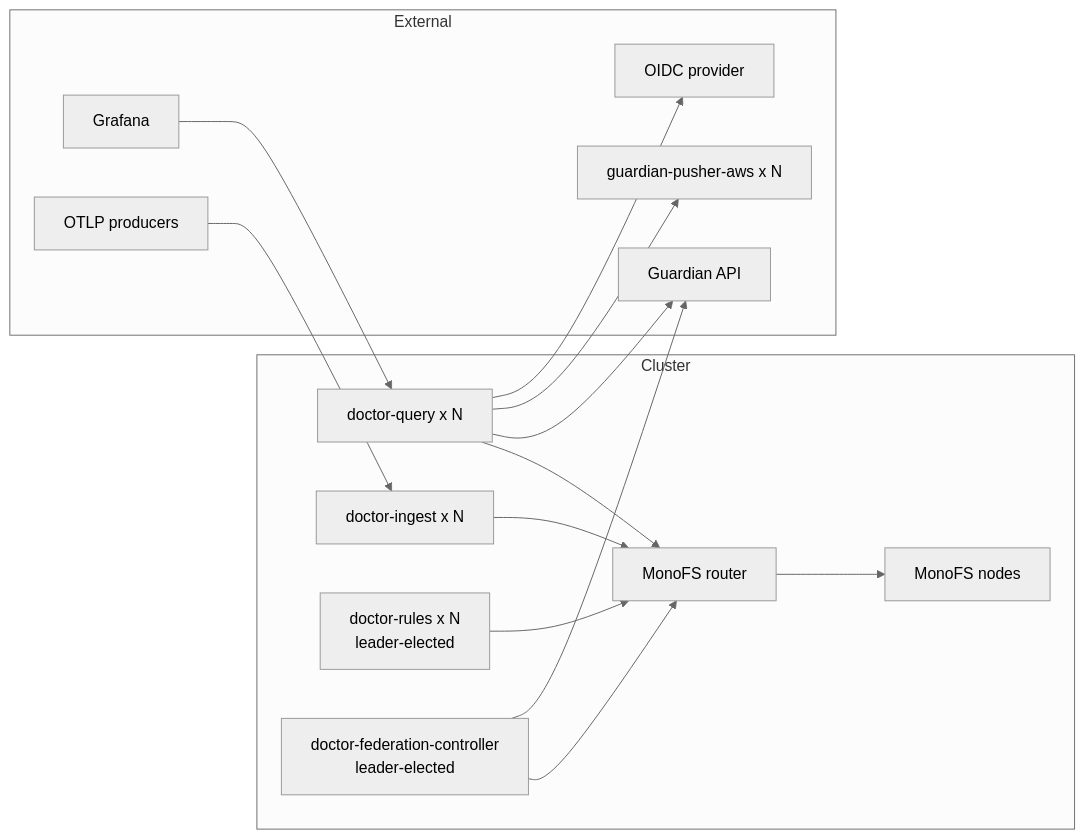
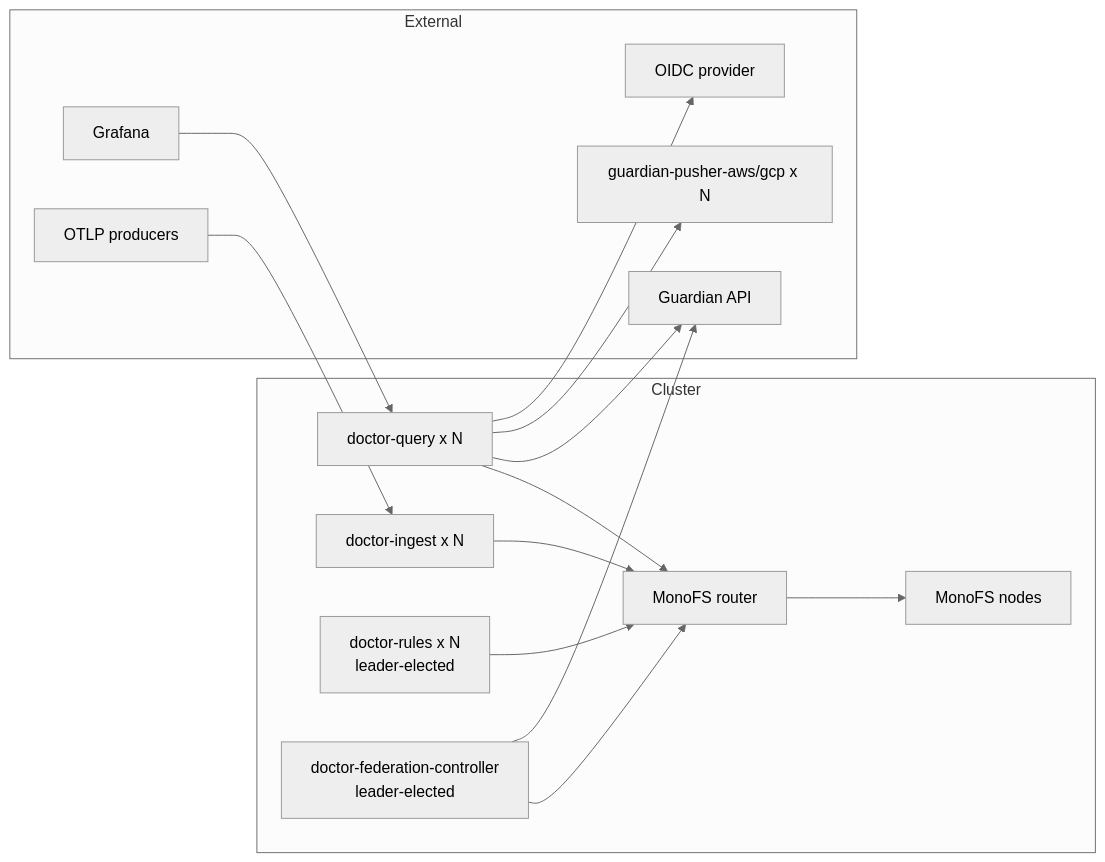
The third of 3 diagrams in docs/architecture/overview.md (radryc/doctor), drawn with Mermaid (neutral theme) before and after one commit. The commit also changed other lines of this file and 184 other files, not shown here.

````diff
--- a/docs/architecture/overview.md
+++ b/docs/architecture/overview.md
@@ -207,28 +215,28 @@
 ```mermaid
 flowchart LR
   subgraph Cluster
     ING2[doctor-ingest x N]
     Q2[doctor-query x N]
     R2[doctor-rules x N<br/>leader-elected]
     C2[doctor-federation-controller<br/>leader-elected]
     MFR[MonoFS router]
     MFN[MonoFS nodes]
   end
   subgraph External
     IAM[OIDC provider]
     GUARD2[Guardian API]
-    PUSH[guardian-pusher-aws x N]
+    PUSH[guardian-pusher-aws/gcp x N]
     GF[Grafana]
     OTLP[OTLP producers]
   end
   OTLP --> ING2
   ING2 --> MFR --> MFN
   Q2 --> MFR
   R2 --> MFR
   C2 --> MFR
   C2 --> GUARD2
   Q2 --> GUARD2
   Q2 --> PUSH
   Q2 --> IAM
   GF --> Q2
 ```
````
